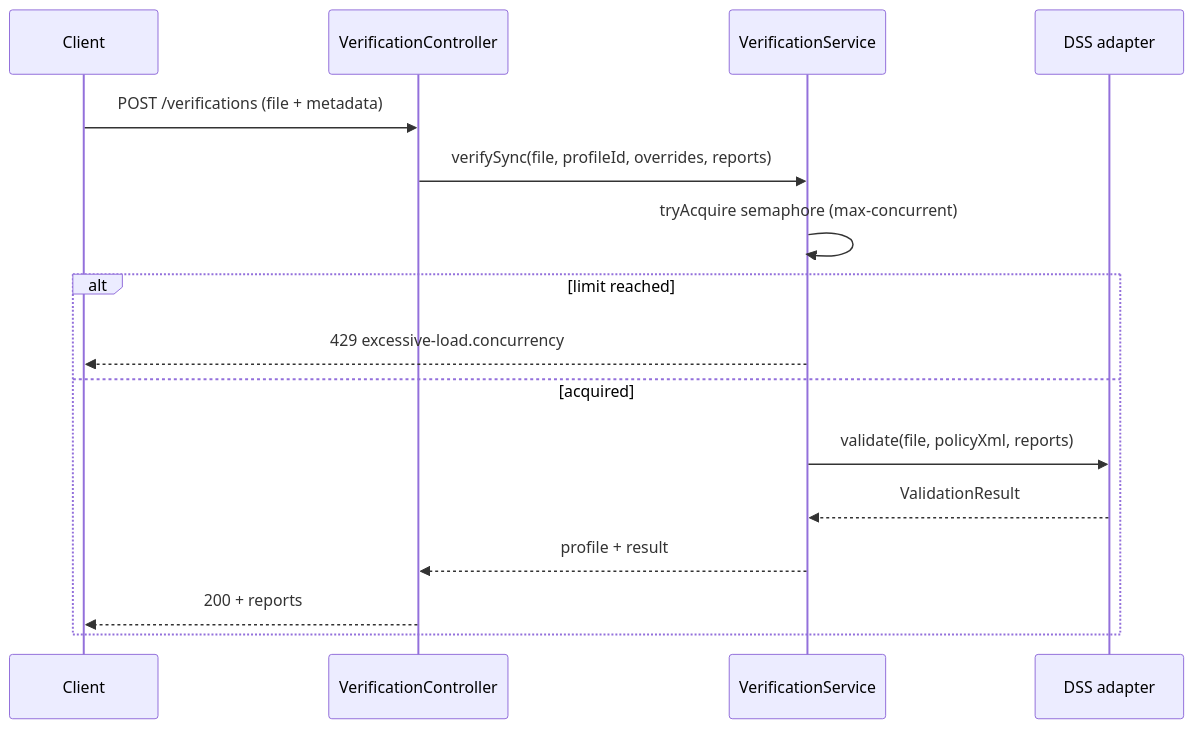
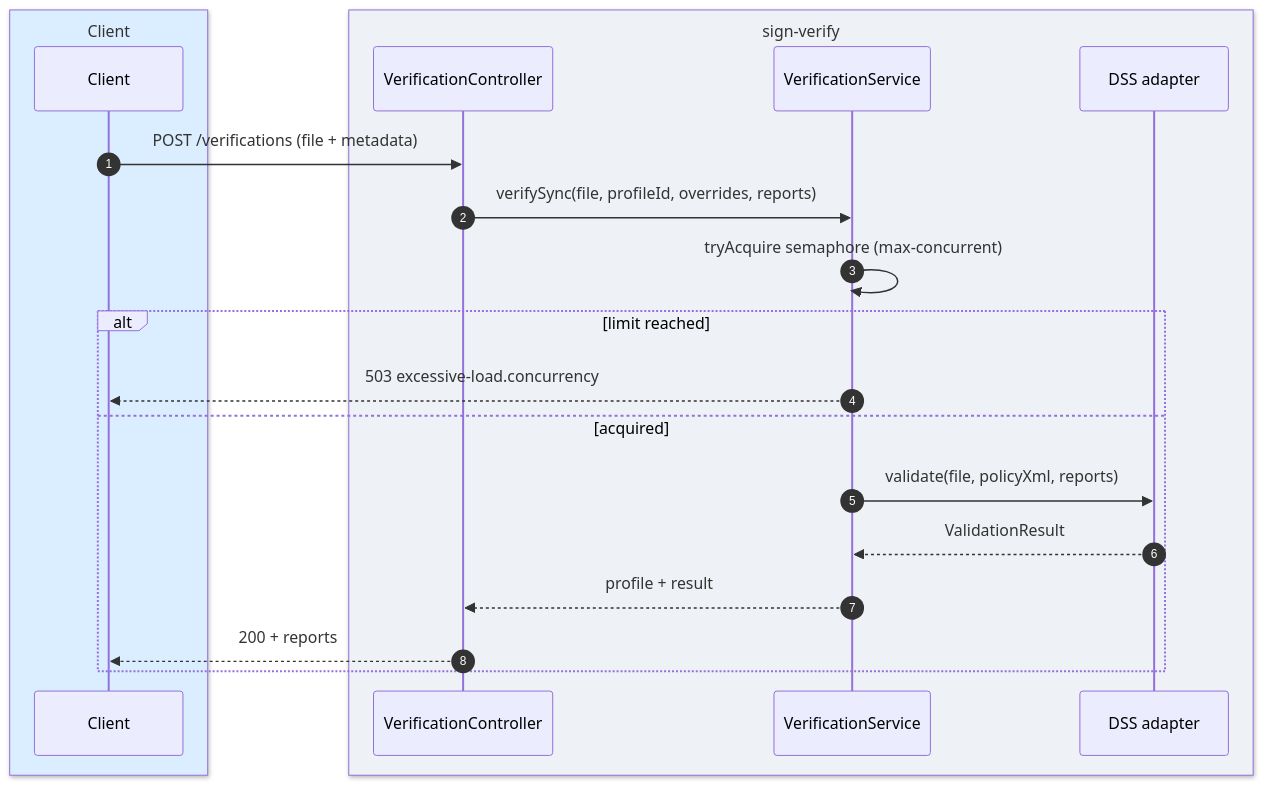
The second of 4 diagrams in docs/en/05-signature-verification.md (toresoft/sign-verify), drawn with Mermaid before and after one commit. The commit also changed other lines of this file and 23 other files, not shown here.

First line of the commit message:
docs: expand EN/IT guides with glossary and component-map diagram

````diff
--- a/docs/en/05-signature-verification.md
+++ b/docs/en/05-signature-verification.md
@@ -423,18 +436,23 @@
 ```mermaid
 sequenceDiagram
+    autonumber
+    box rgb(219,238,255) Client
     participant C as Client
+    end
+    box rgb(238,241,245) sign-verify
     participant V as VerificationController
     participant S as VerificationService
     participant D as DSS adapter
+    end
     C->>V: POST /verifications (file + metadata)
     V->>S: verifySync(file, profileId, overrides, reports)
     S->>S: tryAcquire semaphore (max-concurrent)
     alt limit reached
-        S-->>C: 429 excessive-load.concurrency
+        S-->>C: 503 excessive-load.concurrency
     else acquired
         S->>D: validate(file, policyXml, reports)
         D-->>S: ValidationResult
         S-->>V: profile + result
         V-->>C: 200 + reports
     end
 ```
````
